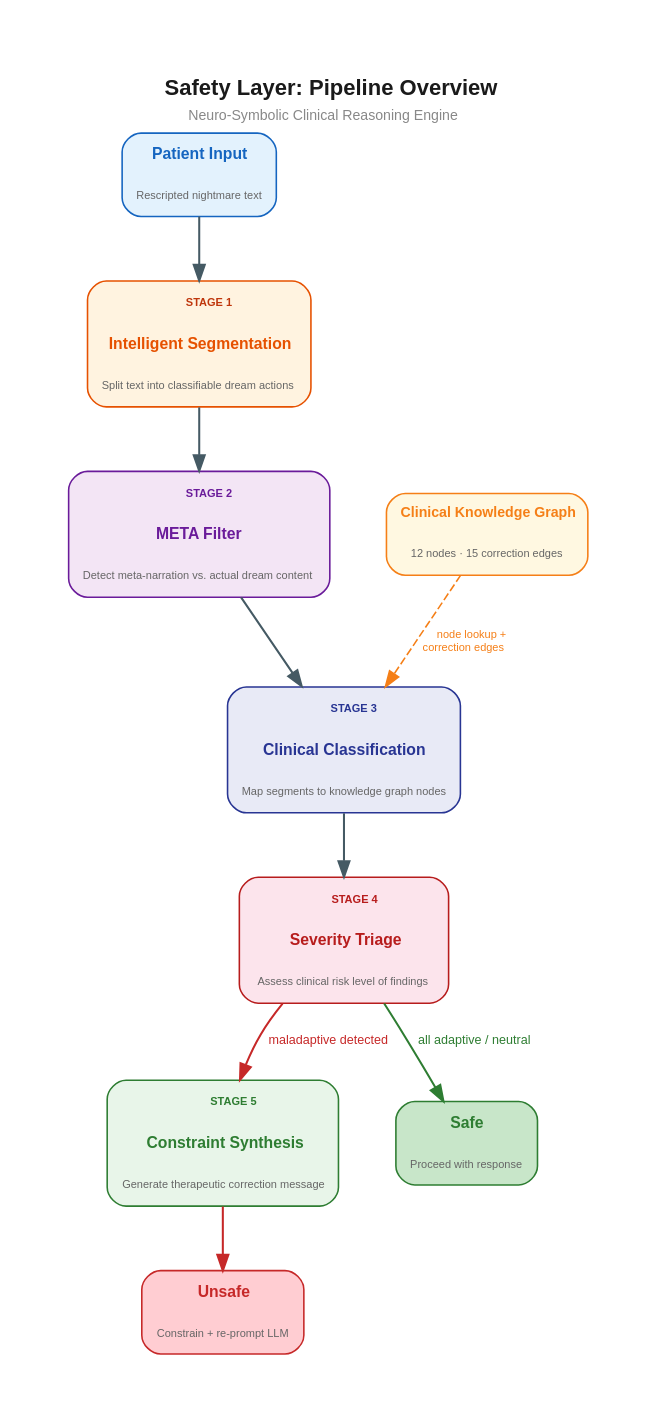
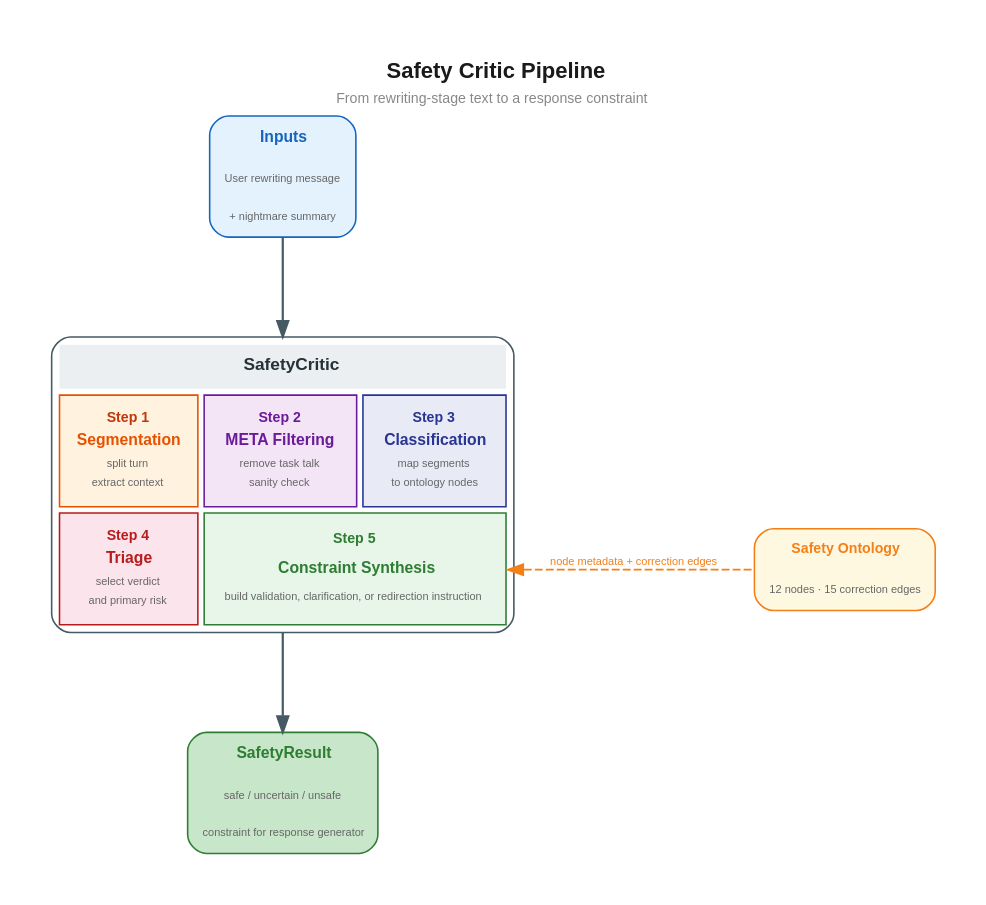
One commit to reDreamApp/safety_layer changed the diagram in figures/safety_pipeline_abstract.dot. Above: the diagram before and after it, drawn with Graphviz. The commit also changed 15 other files, not shown here.

Commit message:
docs: draft safety layer chapter

```diff
--- a/figures/safety_pipeline_abstract.dot
+++ b/figures/safety_pipeline_abstract.dot
@@ -1,159 +1,126 @@
 
 digraph safety_pipeline_abstract {
     graph [
-        rankdir=TB
+        rankdir=LR
         fontname="Helvetica,sans-Serif"
         fontsize=12
         bgcolor="white"
-        pad=0.5
-        nodesep=0.5
-        ranksep=0.55
+        pad=0.35
+        nodesep=0.45
+        ranksep=0.5
         label=<<TABLE BORDER="0" CELLBORDER="0" CELLSPACING="0">
-            <TR><TD><B><FONT POINT-SIZE="14" COLOR="#1a1a1a">Safety Layer: Pipeline Overview</FONT></B></TD></TR>
-            <TR><TD><FONT POINT-SIZE="9.5" COLOR="#888888">Neuro-Symbolic Clinical Reasoning Engine</FONT></TD></TR>
+            <TR><TD><B><FONT POINT-SIZE="14" COLOR="#1a1a1a">Safety Critic Pipeline</FONT></B></TD></TR>
+            <TR><TD><FONT POINT-SIZE="9.5" COLOR="#888888">From rewriting-stage text to a response constraint</FONT></TD></TR>
         </TABLE>>
         labelloc=t
+        labeljust=c
     ]
     node [fontname="Helvetica,sans-Serif" fontsize=10]
     edge [fontname="Helvetica,sans-Serif" fontsize=8.5]
 
     // ── Input ──
     input [
         shape=none margin=0
         label=<
         <TABLE BORDER="1" CELLBORDER="0" CELLSPACING="0" CELLPADDING="8"
                BGCOLOR="#E3F2FD" COLOR="#1565C0" STYLE="ROUNDED">
-            <TR><TD ALIGN="CENTER"><B><FONT COLOR="#1565C0" POINT-SIZE="10">Patient Input</FONT></B></TD></TR>
-            <TR><TD ALIGN="CENTER"><FONT POINT-SIZE="7.5" COLOR="#666666">Rescripted nightmare text</FONT></TD></TR>
+            <TR><TD ALIGN="CENTER"><B><FONT COLOR="#1565C0" POINT-SIZE="10">Inputs</FONT></B></TD></TR>
+            <TR><TD ALIGN="CENTER"><FONT POINT-SIZE="7.5" COLOR="#666666">User rewriting message</FONT></TD></TR>
+            <TR><TD ALIGN="CENTER"><FONT POINT-SIZE="7.5" COLOR="#666666">+ nightmare summary</FONT></TD></TR>
         </TABLE>>
     ]
 
-    // ── Stage 1: Segmentation ──
-    seg [
+    // ── Critic module ──
+    critic [
         shape=none margin=0
         label=<
-        <TABLE BORDER="1" CELLBORDER="0" CELLSPACING="0" CELLPADDING="8"
-               BGCOLOR="#FFF3E0" COLOR="#E65100" STYLE="ROUNDED">
-            <TR><TD ALIGN="CENTER">
-                <FONT COLOR="#BF360C" POINT-SIZE="7"><B>STAGE 1</B></FONT>
-            </TD></TR>
-            <TR><TD ALIGN="CENTER"><B><FONT COLOR="#E65100" POINT-SIZE="10">Intelligent Segmentation</FONT></B></TD></TR>
-            <TR><TD ALIGN="CENTER"><FONT POINT-SIZE="7.5" COLOR="#666666">Split text into classifiable dream actions</FONT></TD></TR>
+        <TABLE BORDER="1" CELLBORDER="1" CELLSPACING="4" CELLPADDING="8"
+               BGCOLOR="#FFFFFF" COLOR="#455A64" STYLE="ROUNDED">
+            <TR>
+                <TD COLSPAN="3" BORDER="0" BGCOLOR="#ECEFF1" ALIGN="CENTER">
+                    <B><FONT COLOR="#263238" POINT-SIZE="11">SafetyCritic</FONT></B>
+                </TD>
+            </TR>
+            <TR>
+                <TD BGCOLOR="#FFF3E0" COLOR="#E65100" ALIGN="CENTER">
+                    <TABLE BORDER="0" CELLBORDER="0" CELLSPACING="0" CELLPADDING="2">
+                        <TR><TD ALIGN="CENTER"><B><FONT COLOR="#BF360C" POINT-SIZE="9">Step 1</FONT></B></TD></TR>
+                        <TR><TD ALIGN="CENTER"><B><FONT COLOR="#E65100" POINT-SIZE="10">Segmentation</FONT></B></TD></TR>
+                        <TR><TD ALIGN="CENTER"><FONT POINT-SIZE="7" COLOR="#666666">split turn</FONT></TD></TR>
+                        <TR><TD ALIGN="CENTER"><FONT POINT-SIZE="7" COLOR="#666666">extract context</FONT></TD></TR>
+                    </TABLE>
+                </TD>
+                <TD BGCOLOR="#F3E5F5" COLOR="#6A1B9A" ALIGN="CENTER">
+                    <TABLE BORDER="0" CELLBORDER="0" CELLSPACING="0" CELLPADDING="2">
+                        <TR><TD ALIGN="CENTER"><B><FONT COLOR="#6A1B9A" POINT-SIZE="9">Step 2</FONT></B></TD></TR>
+                        <TR><TD ALIGN="CENTER"><B><FONT COLOR="#6A1B9A" POINT-SIZE="10">META Filtering</FONT></B></TD></TR>
+                        <TR><TD ALIGN="CENTER"><FONT POINT-SIZE="7" COLOR="#666666">remove task talk</FONT></TD></TR>
+                        <TR><TD ALIGN="CENTER"><FONT POINT-SIZE="7" COLOR="#666666">sanity check</FONT></TD></TR>
+                    </TABLE>
+                </TD>
+                <TD BGCOLOR="#E8EAF6" COLOR="#283593" ALIGN="CENTER">
+                    <TABLE BORDER="0" CELLBORDER="0" CELLSPACING="0" CELLPADDING="2">
+                        <TR><TD ALIGN="CENTER"><B><FONT COLOR="#283593" POINT-SIZE="9">Step 3</FONT></B></TD></TR>
+                        <TR><TD ALIGN="CENTER"><B><FONT COLOR="#283593" POINT-SIZE="10">Classification</FONT></B></TD></TR>
+                        <TR><TD ALIGN="CENTER"><FONT POINT-SIZE="7" COLOR="#666666">map segments</FONT></TD></TR>
+                        <TR><TD ALIGN="CENTER"><FONT POINT-SIZE="7" COLOR="#666666">to ontology nodes</FONT></TD></TR>
+                    </TABLE>
+                </TD>
+            </TR>
+            <TR>
+                <TD BGCOLOR="#FCE4EC" COLOR="#B71C1C" ALIGN="CENTER">
+                    <TABLE BORDER="0" CELLBORDER="0" CELLSPACING="0" CELLPADDING="2">
+                        <TR><TD ALIGN="CENTER"><B><FONT COLOR="#B71C1C" POINT-SIZE="9">Step 4</FONT></B></TD></TR>
+                        <TR><TD ALIGN="CENTER"><B><FONT COLOR="#B71C1C" POINT-SIZE="10">Triage</FONT></B></TD></TR>
+                        <TR><TD ALIGN="CENTER"><FONT POINT-SIZE="7" COLOR="#666666">select verdict</FONT></TD></TR>
+                        <TR><TD ALIGN="CENTER"><FONT POINT-SIZE="7" COLOR="#666666">and primary risk</FONT></TD></TR>
+                    </TABLE>
+                </TD>
+                <TD PORT="constraint" COLSPAN="2" BGCOLOR="#E8F5E9" COLOR="#2E7D32" ALIGN="CENTER">
+                    <TABLE BORDER="0" CELLBORDER="0" CELLSPACING="0" CELLPADDING="2">
+                        <TR><TD ALIGN="CENTER"><B><FONT COLOR="#2E7D32" POINT-SIZE="9">Step 5</FONT></B></TD></TR>
+                        <TR><TD ALIGN="CENTER"><B><FONT COLOR="#2E7D32" POINT-SIZE="10">Constraint Synthesis</FONT></B></TD></TR>
+                        <TR><TD ALIGN="CENTER"><FONT POINT-SIZE="7" COLOR="#666666">build validation, clarification, or redirection instruction</FONT></TD></TR>
+                    </TABLE>
+                </TD>
+            </TR>
         </TABLE>>
     ]
 
-    // ── Stage 2: META Filter ──
-    meta [
-        shape=none margin=0
-        label=<
-        <TABLE BORDER="1" CELLBORDER="0" CELLSPACING="0" CELLPADDING="8"
-               BGCOLOR="#F3E5F5" COLOR="#6A1B9A" STYLE="ROUNDED">
-            <TR><TD ALIGN="CENTER">
-                <FONT COLOR="#6A1B9A" POINT-SIZE="7"><B>STAGE 2</B></FONT>
-            </TD></TR>
-            <TR><TD ALIGN="CENTER"><B><FONT COLOR="#6A1B9A" POINT-SIZE="10">META Filter</FONT></B></TD></TR>
-            <TR><TD ALIGN="CENTER"><FONT POINT-SIZE="7.5" COLOR="#666666">Detect meta-narration vs. actual dream content</FONT></TD></TR>
-        </TABLE>>
-    ]
-
-    // ── Stage 3: Classification ──
-    classify [
-        shape=none margin=0
-        label=<
-        <TABLE BORDER="1" CELLBORDER="0" CELLSPACING="0" CELLPADDING="8"
-               BGCOLOR="#E8EAF6" COLOR="#283593" STYLE="ROUNDED">
-            <TR><TD ALIGN="CENTER">
-                <FONT COLOR="#283593" POINT-SIZE="7"><B>STAGE 3</B></FONT>
-            </TD></TR>
-            <TR><TD ALIGN="CENTER"><B><FONT COLOR="#283593" POINT-SIZE="10">Clinical Classification</FONT></B></TD></TR>
-            <TR><TD ALIGN="CENTER"><FONT POINT-SIZE="7.5" COLOR="#666666">Map segments to knowledge graph nodes</FONT></TD></TR>
-        </TABLE>>
-    ]
-
-    // ── Stage 4: Triage ──
-    triage [
-        shape=none margin=0
-        label=<
-        <TABLE BORDER="1" CELLBORDER="0" CELLSPACING="0" CELLPADDING="8"
-               BGCOLOR="#FCE4EC" COLOR="#B71C1C" STYLE="ROUNDED">
-            <TR><TD ALIGN="CENTER">
-                <FONT COLOR="#B71C1C" POINT-SIZE="7"><B>STAGE 4</B></FONT>
-            </TD></TR>
-            <TR><TD ALIGN="CENTER"><B><FONT COLOR="#B71C1C" POINT-SIZE="10">Severity Triage</FONT></B></TD></TR>
-            <TR><TD ALIGN="CENTER"><FONT POINT-SIZE="7.5" COLOR="#666666">Assess clinical risk level of findings</FONT></TD></TR>
-        </TABLE>>
-    ]
-
-    // ── Stage 5: Constraint Synthesis ──
-    constrain [
-        shape=none margin=0
-        label=<
-        <TABLE BORDER="1" CELLBORDER="0" CELLSPACING="0" CELLPADDING="8"
-               BGCOLOR="#E8F5E9" COLOR="#2E7D32" STYLE="ROUNDED">
-            <TR><TD ALIGN="CENTER">
-                <FONT COLOR="#2E7D32" POINT-SIZE="7"><B>STAGE 5</B></FONT>
-            </TD></TR>
-            <TR><TD ALIGN="CENTER"><B><FONT COLOR="#2E7D32" POINT-SIZE="10">Constraint Synthesis</FONT></B></TD></TR>
-            <TR><TD ALIGN="CENTER"><FONT POINT-SIZE="7.5" COLOR="#666666">Generate therapeutic correction message</FONT></TD></TR>
-        </TABLE>>
-    ]
-
-    // ── Outcomes ──
-    safe_out [
+    // ── Output ──
+    result [
         shape=none margin=0
         label=<
         <TABLE BORDER="1" CELLBORDER="0" CELLSPACING="0" CELLPADDING="8"
                BGCOLOR="#C8E6C9" COLOR="#2E7D32" STYLE="ROUNDED">
-            <TR><TD ALIGN="CENTER"><B><FONT COLOR="#2E7D32" POINT-SIZE="10">Safe</FONT></B></TD></TR>
-            <TR><TD ALIGN="CENTER"><FONT POINT-SIZE="7.5" COLOR="#666666">Proceed with response</FONT></TD></TR>
-        </TABLE>>
-    ]
-
-    unsafe_out [
-        shape=none margin=0
-        label=<
-        <TABLE BORDER="1" CELLBORDER="0" CELLSPACING="0" CELLPADDING="8"
-               BGCOLOR="#FFCDD2" COLOR="#C62828" STYLE="ROUNDED">
-            <TR><TD ALIGN="CENTER"><B><FONT COLOR="#C62828" POINT-SIZE="10">Unsafe</FONT></B></TD></TR>
-            <TR><TD ALIGN="CENTER"><FONT POINT-SIZE="7.5" COLOR="#666666">Constrain + re-prompt LLM</FONT></TD></TR>
+            <TR><TD ALIGN="CENTER"><B><FONT COLOR="#2E7D32" POINT-SIZE="10">SafetyResult</FONT></B></TD></TR>
+            <TR><TD ALIGN="CENTER"><FONT POINT-SIZE="7.5" COLOR="#666666">safe / uncertain / unsafe</FONT></TD></TR>
+            <TR><TD ALIGN="CENTER"><FONT POINT-SIZE="7.5" COLOR="#666666">constraint for response generator</FONT></TD></TR>
         </TABLE>>
     ]
 
     // ── Knowledge Graph side annotation ──
     kg [
         shape=none margin=0
         label=<
         <TABLE BORDER="1" CELLBORDER="0" CELLSPACING="0" CELLPADDING="8"
                BGCOLOR="#FFF8E1" COLOR="#F57F17" STYLE="ROUNDED">
-            <TR><TD ALIGN="CENTER"><B><FONT COLOR="#F57F17" POINT-SIZE="9">Clinical Knowledge Graph</FONT></B></TD></TR>
+            <TR><TD ALIGN="CENTER"><B><FONT COLOR="#F57F17" POINT-SIZE="9">Safety Ontology</FONT></B></TD></TR>
             <TR><TD ALIGN="CENTER"><FONT POINT-SIZE="7" COLOR="#666666">12 nodes · 15 correction edges</FONT></TD></TR>
         </TABLE>>
     ]
 
     // ── Main flow ──
-    input -> seg [color="#455A64" penwidth=1.3]
-    seg -> meta [color="#455A64" penwidth=1.3]
-    meta -> classify [color="#455A64" penwidth=1.3]
-    classify -> triage [color="#455A64" penwidth=1.3]
+    input -> critic [color="#455A64" penwidth=1.4]
+    critic -> result [color="#455A64" penwidth=1.4]
 
-    // ── Decision split from triage ──
-    triage -> safe_out [
-        label=<  <FONT COLOR="#2E7D32" POINT-SIZE="8">all adaptive / neutral</FONT>  >
-        color="#2E7D32" penwidth=1.3
-    ]
-    triage -> constrain [
-        label=<  <FONT COLOR="#C62828" POINT-SIZE="8">maladaptive detected</FONT>  >
-        color="#C62828" penwidth=1.3
-    ]
-    constrain -> unsafe_out [color="#C62828" penwidth=1.3]
-
-    // ── KG feeds into classification ──
-    kg -> classify [
+    // ── Ontology supports the critic ──
+    critic:constraint:e -> kg:w [
         style=dashed color="#F57F17" penwidth=1.0
-        label=<  <FONT COLOR="#F57F17" POINT-SIZE="7.5">node lookup +<BR/>correction edges</FONT>  >
+        dir=back
+        label=<  <FONT COLOR="#F57F17" POINT-SIZE="7.5">node metadata + correction edges</FONT>  >
     ]
 
-    // ── Layout hints ──
-    {rank=same; safe_out; constrain}
-    {rank=same; unsafe_out}
+    // ── Layout hint ──
+    {rank=same; input; critic; result}
 }
```
